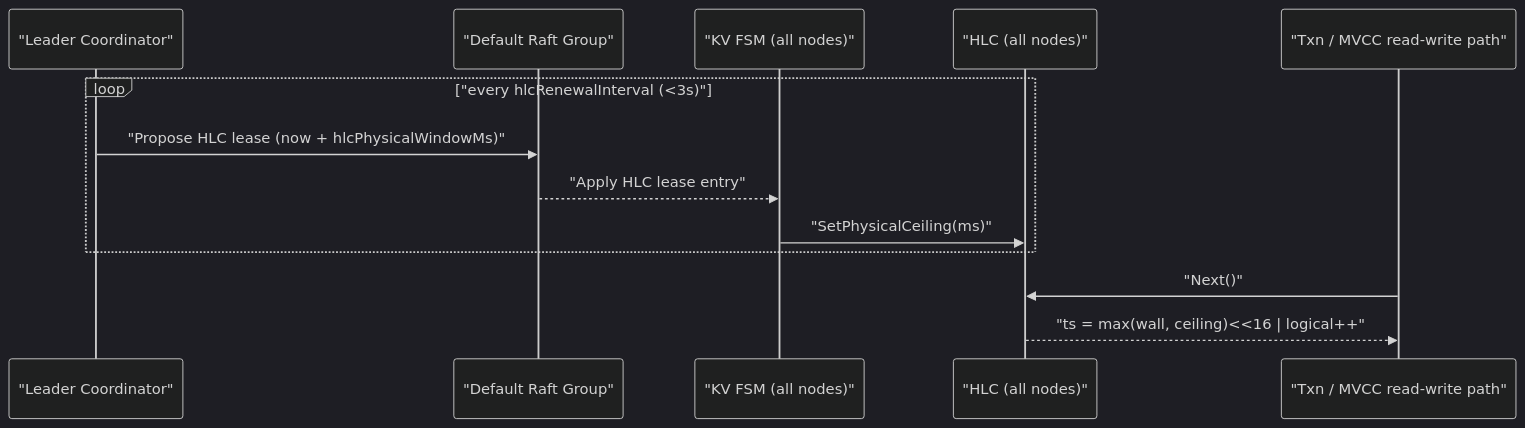
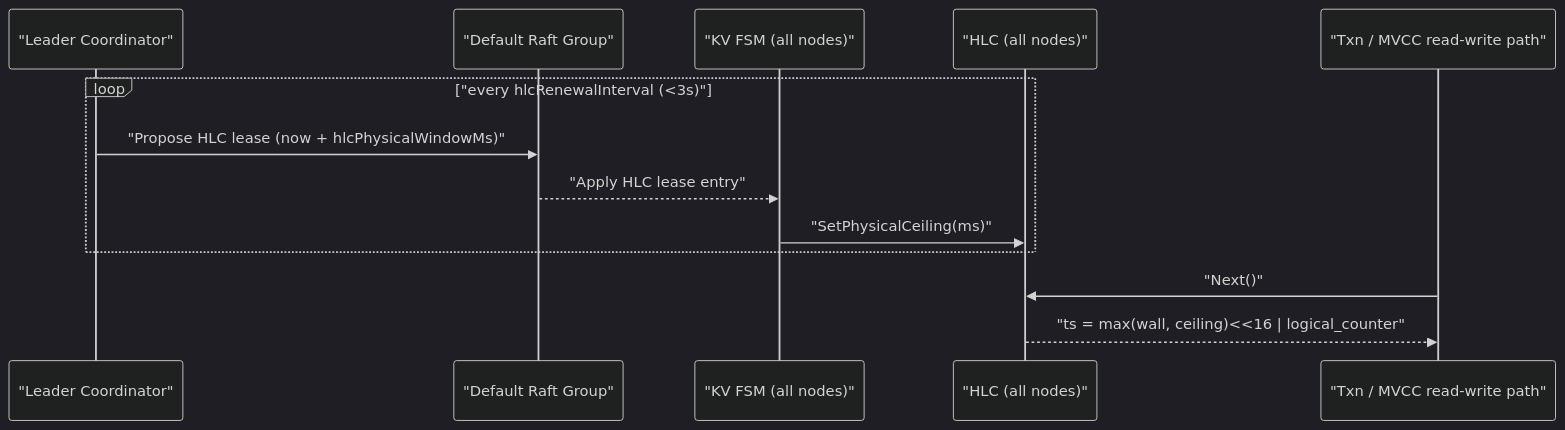
The fourth of 4 diagrams in docs/architecture_overview.md (bootjp/elastickv), drawn with Mermaid (dark theme) before and after one commit.

````diff
--- a/docs/architecture_overview.md
+++ b/docs/architecture_overview.md
@@ -165,17 +165,17 @@
 ```mermaid
 sequenceDiagram
   participant L as "Leader Coordinator"
   participant RG as "Default Raft Group"
   participant F as "KV FSM (all nodes)"
   participant H as "HLC (all nodes)"
   participant Tx as "Txn / MVCC read-write path"
 
   loop "every hlcRenewalInterval (<3s)"
     L->>RG: "Propose HLC lease (now + hlcPhysicalWindowMs)"
     RG-->>F: "Apply HLC lease entry"
     F->>H: "SetPhysicalCeiling(ms)"
   end
 
   Tx->>H: "Next()"
-  H-->>Tx: "ts = max(wall, ceiling)<<16 | logical++"
+  H-->>Tx: "ts = max(wall, ceiling)<<16 | logical_counter"
 ```
````
